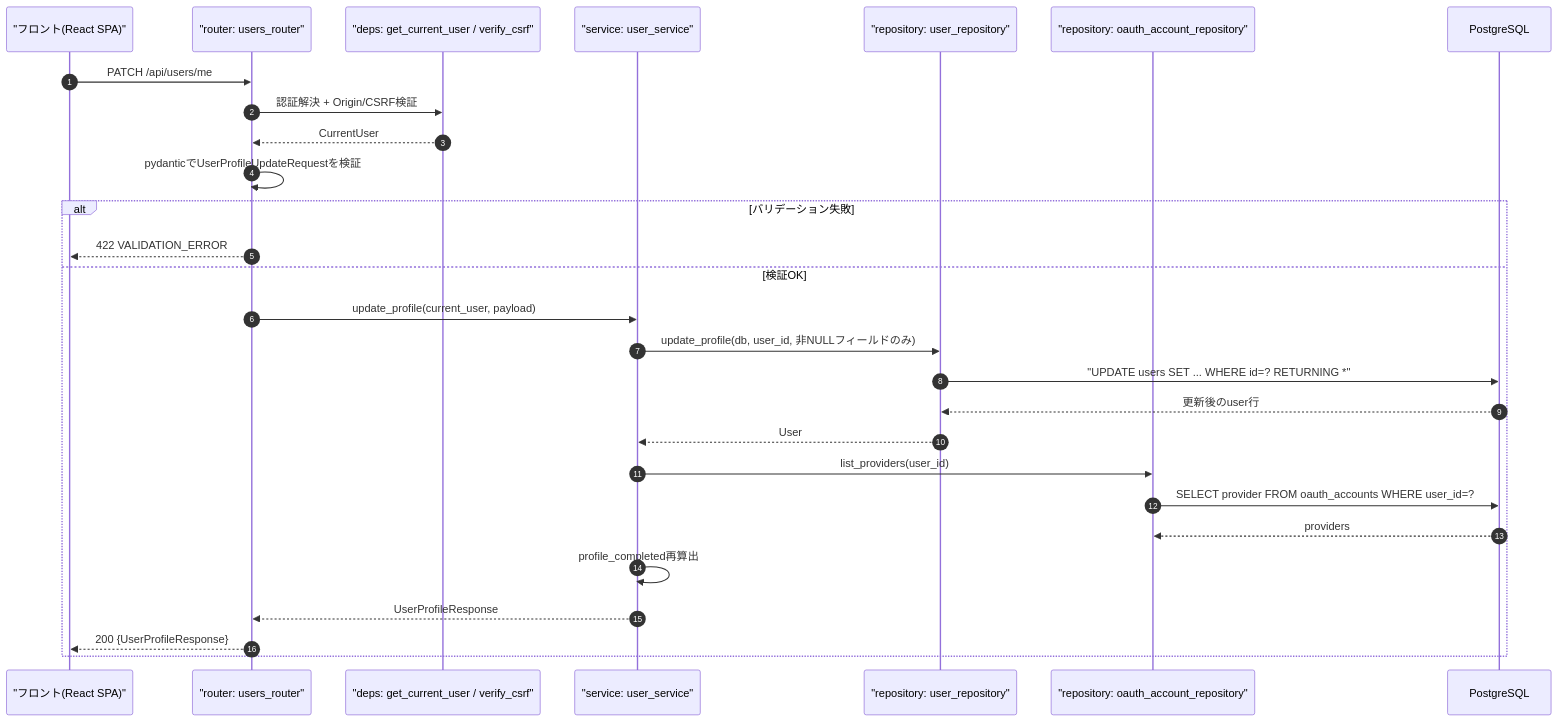
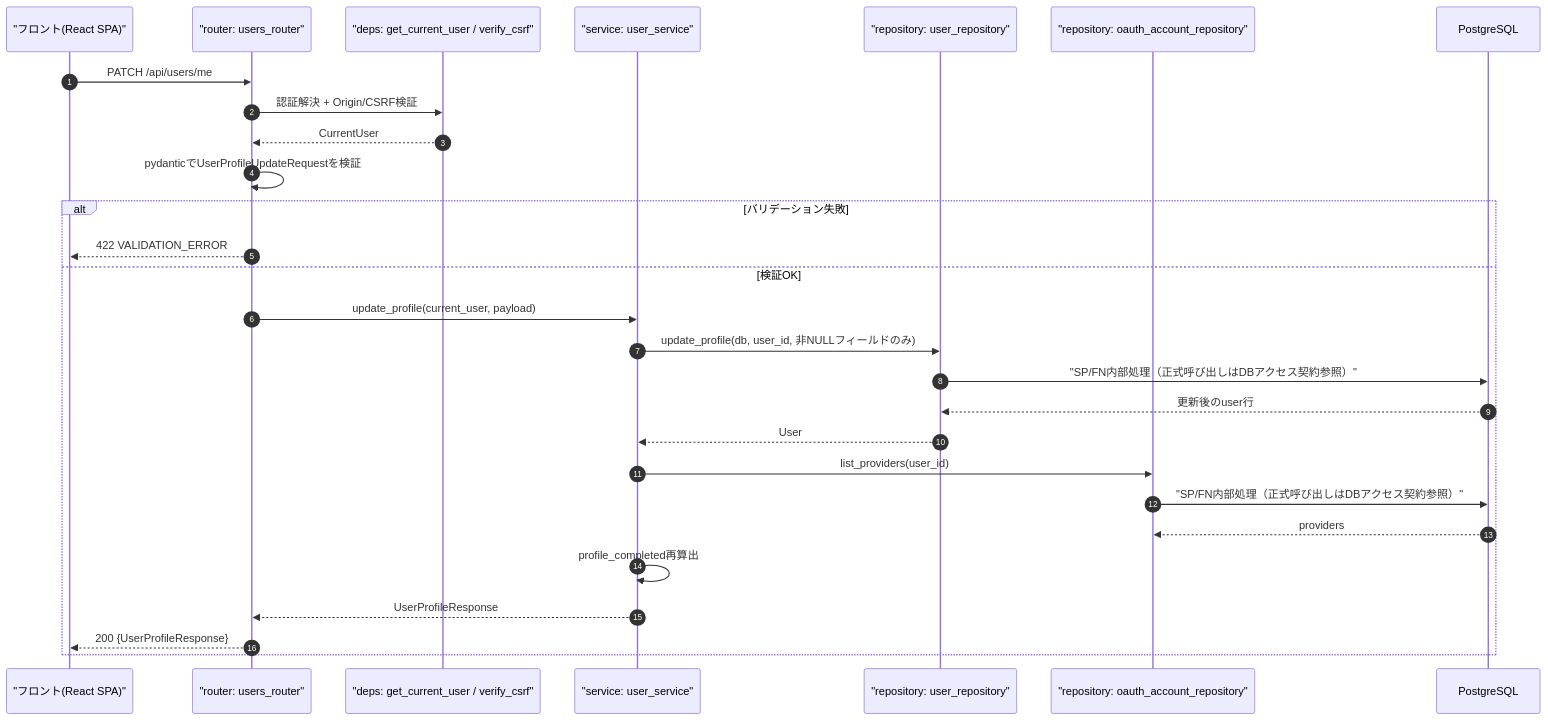
The first of 4 diagrams in detailed_design/api/users/02_patch_users_me.md (oikawa-d/task_management), drawn with Mermaid before and after one commit. The commit also changed other lines of this file and 58 other files, not shown here.

````diff
--- a/detailed_design/api/users/02_patch_users_me.md
+++ b/detailed_design/api/users/02_patch_users_me.md
@@ -109,31 +109,31 @@
 ```mermaid
 sequenceDiagram
     autonumber
     participant FE as "フロント(React SPA)"
     participant R as "router: users_router"
     participant DEP as "deps: get_current_user / verify_csrf"
     participant S as "service: user_service"
     participant URP as "repository: user_repository"
     participant OARP as "repository: oauth_account_repository"
     participant PG as PostgreSQL
 
     FE->>R: PATCH /api/users/me
     R->>DEP: 認証解決 + Origin/CSRF検証
     DEP-->>R: CurrentUser
     R->>R: pydanticでUserProfileUpdateRequestを検証
     alt バリデーション失敗
         R-->>FE: 422 VALIDATION_ERROR
     else 検証OK
         R->>S: update_profile(current_user, payload)
         S->>URP: update_profile(db, user_id, 非NULLフィールドのみ)
-        URP->>PG: "UPDATE users SET ... WHERE id=? RETURNING *"
+        URP->>PG: "SP/FN内部処理（正式呼び出しはDBアクセス契約参照）"
         PG-->>URP: 更新後のuser行
         URP-->>S: User
         S->>OARP: list_providers(user_id)
-        OARP->>PG: SELECT provider FROM oauth_accounts WHERE user_id=?
+        OARP->>PG: "SP/FN内部処理（正式呼び出しはDBアクセス契約参照）"
         PG-->>OARP: providers
         S->>S: profile_completed再算出
         S-->>R: UserProfileResponse
         R-->>FE: 200 {UserProfileResponse}
     end
 ```
````
